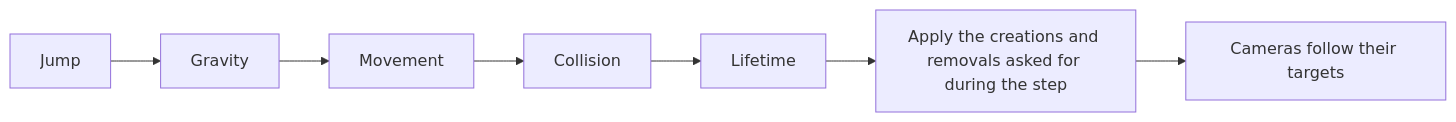
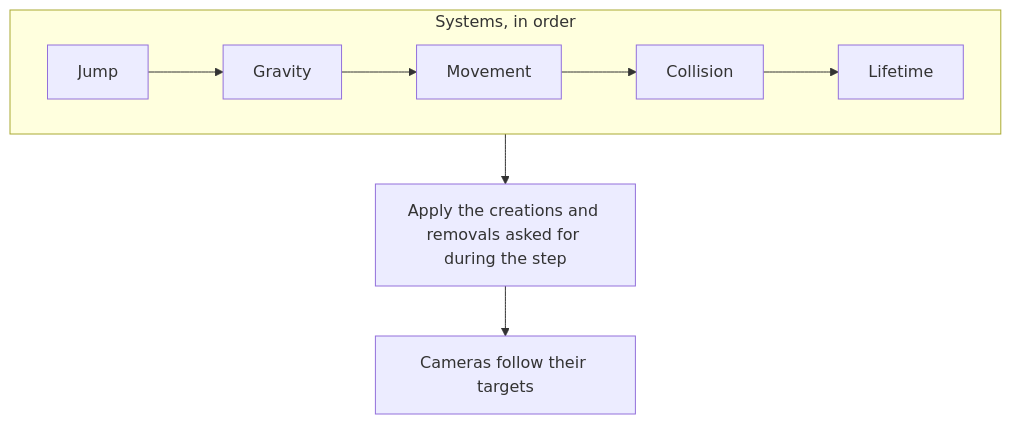
Before and after one commit to b3dgs/lionengine: the third of 7 diagrams in docs/how-the-engine-works.md, drawn with Mermaid. The commit also changed other lines of this file and 22 other files, not shown here.

First line of the commit message:
docs: validate every remaining document, add plain-language mermaid overview

````diff
--- a/docs/how-the-engine-works.md
+++ b/docs/how-the-engine-works.md
@@ -56,4 +56,9 @@
 ```mermaid
-flowchart LR
-  jump["Jump"] --> gravity["Gravity"] --> move["Movement"] --> collide["Collision"] --> life["Lifetime"] --> flush["Apply the creations and removals asked for during the step"] --> camera["Cameras follow their targets"]
+flowchart TB
+  subgraph systems["Systems, in order"]
+    direction LR
+    jump["Jump"] --> gravity["Gravity"] --> move["Movement"] --> collide["Collision"] --> life["Lifetime"]
+  end
+  systems --> flush["Apply the creations and removals asked for during the step"]
+  flush --> camera["Cameras follow their targets"]
 ```
````
